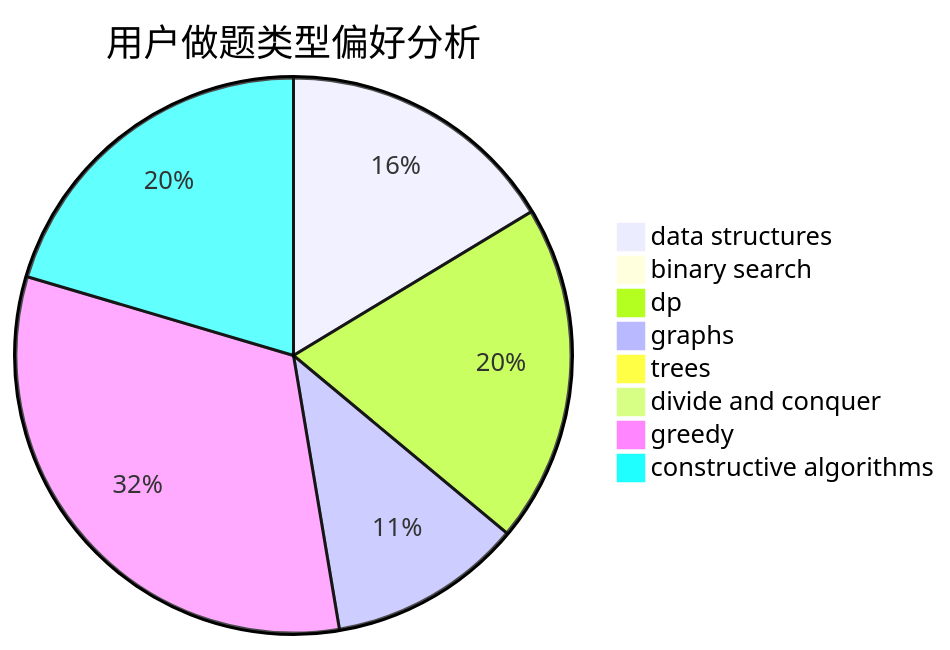
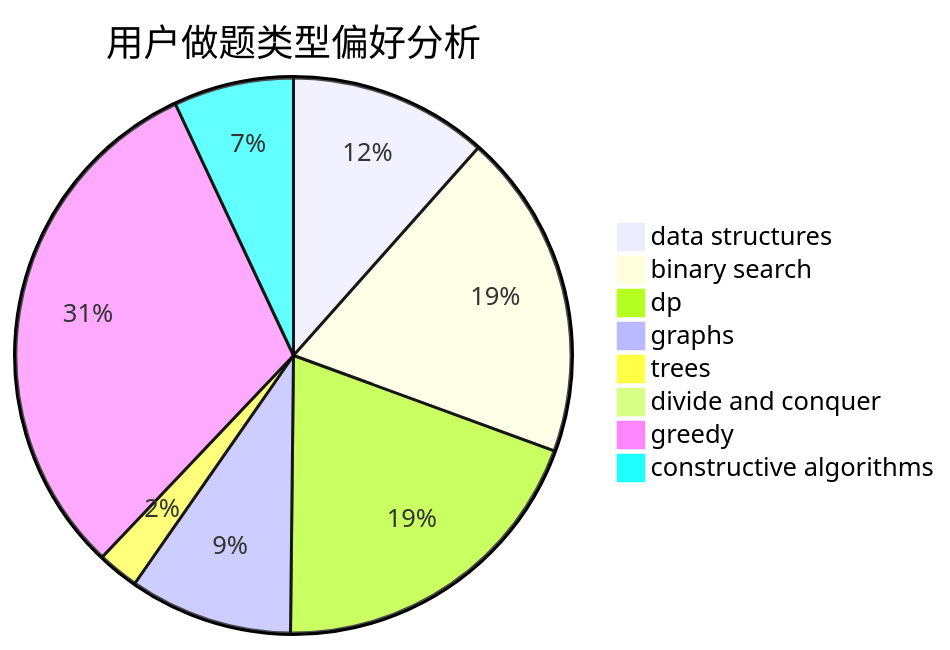
One commit to sherpahu/cfrs.github.io changed the second of 3 diagrams in docs/user/u2606.md. Above: the diagram before and after it, drawn with Mermaid. The commit also changed other lines of this file and 2770 other files, not shown here.

````diff
--- a/docs/user/u2606.md
+++ b/docs/user/u2606.md
@@ -23,11 +23,11 @@
 ```mermaid
 pie title 用户做题类型偏好分析
-    "data structures" :  389
-    "binary search" :  9
-    "dp" :  469
-    "graphs" :  269
-    "trees" :  15
-    "divide and conquer" :  0
-    "greedy" :  767
-    "constructive algorithms" :  486
+    "data structures" :  101
+    "binary search" :  166
+    "dp" :  171
+    "graphs" :  83
+    "trees" :  21
+    "divide and conquer" :  4
+    "greedy" :  270
+    "constructive algorithms" :  61
 ```
````
